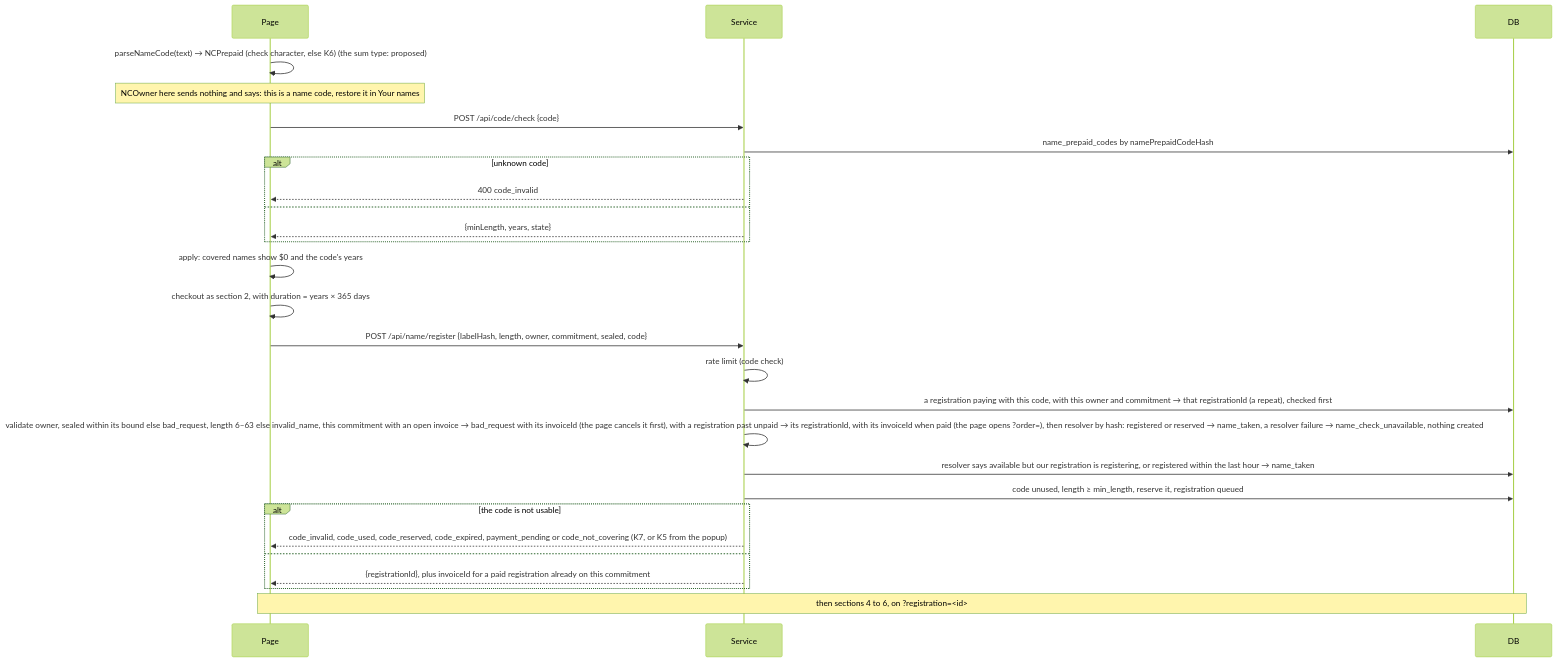
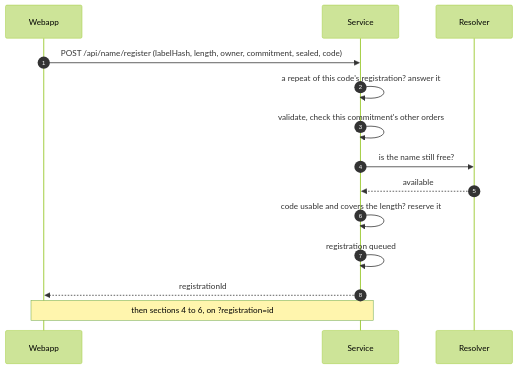
Before and after one commit to simplex-chat/simplex-chat: diagram 12 of 21 in plans/names-codes/2026-10-13-names-sequence.md, drawn with Mermaid (forest theme). The commit also changed other lines of this file, not shown here.

Commit message:
plans: simpler names sequence diagrams

````diff
--- a/plans/names-codes/2026-10-13-names-sequence.md
+++ b/plans/names-codes/2026-10-13-names-sequence.md
@@ -222,29 +440,16 @@
 ```mermaid
 sequenceDiagram
-  participant Page
-  participant Service
-  participant DB
-  Page->>Page: parseNameCode(text) → NCPrepaid (check character, else K6) (the sum type: proposed)
-  Note over Page: NCOwner here sends nothing and says: this is a name code, restore it in Your names
-  Page->>Service: POST /api/code/check {code}
-  Service->>DB: name_prepaid_codes by namePrepaidCodeHash
-  alt unknown code
-    Service-->>Page: 400 code_invalid
-  else
-    Service-->>Page: {minLength, years, state}
-  end
-  Page->>Page: apply: covered names show $0 and the code's years
-  Page->>Page: checkout as section 2, with duration = years × 365 days
-  Page->>Service: POST /api/name/register {labelHash, length, owner, commitment, sealed, code}
-  Service->>Service: rate limit (code check)
-  Service->>DB: a registration paying with this code, with this owner and commitment → that registrationId (a repeat), checked first
-  Service->>Service: validate owner, sealed within its bound else bad_request, length 6–63 else invalid_name, this commitment with an open invoice → bad_request with its invoiceId (the page cancels it first), with a registration past unpaid → its registrationId, with its invoiceId when paid (the page opens ?order=), then resolver by hash: registered or reserved → name_taken, a resolver failure → name_check_unavailable, nothing created
-  Service->>DB: resolver says available but our registration is registering, or registered within the last hour → name_taken
-  Service->>DB: code unused, length ≥ min_length, reserve it, registration queued
-  alt the code is not usable
-    Service-->>Page: code_invalid, code_used, code_reserved, code_expired, payment_pending or code_not_covering (K7, or K5 from the popup)
-  else
-    Service-->>Page: {registrationId}, plus invoiceId for a paid registration already on this commitment
-  end
-  Note over Page,DB: then sections 4 to 6, on ?registration=<id>
+  autonumber
+  participant W as Webapp
+  participant S as Service
+  participant R as Resolver
+  W->>S: POST /api/name/register (labelHash, length, owner, commitment, sealed, code)
+  S->>S: a repeat of this code's registration? answer it
+  S->>S: validate, check this commitment's other orders
+  S->>R: is the name still free?
+  R-->>S: available
+  S->>S: code usable and covers the length? reserve it
+  S->>S: registration queued
+  S-->>W: registrationId
+  Note over W,S: then sections 4 to 6, on ?registration=id
 ```
````
